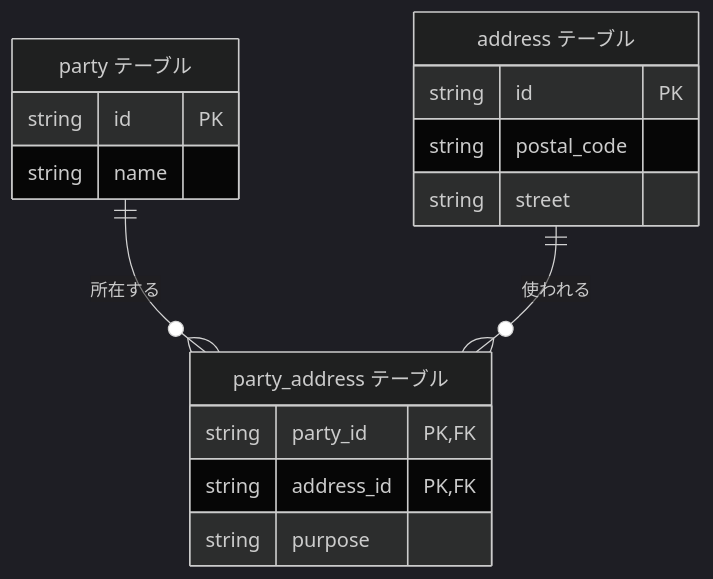
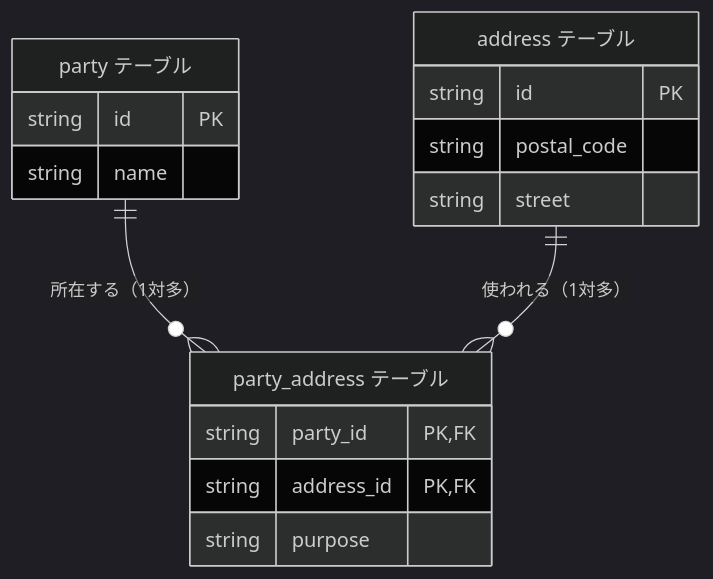
The sixth of 30 diagrams in docs/software/software_middleware_database_rdb_er.md (hiroki-it/tech-notebook), drawn with Mermaid (dark theme) before and after one commit. The commit also changed other lines of this file and 4 other files, not shown here.

````diff
--- a/docs/software/software_middleware_database_rdb_er.md
+++ b/docs/software/software_middleware_database_rdb_er.md
@@ -166,22 +166,22 @@
 ```mermaid
 erDiagram
   party["party テーブル"] {
     string id PK
     string name
   }
 
   address["address テーブル"] {
     string id PK
     string postal_code
     string street
   }
 
   party_address["party_address テーブル"] {
     string party_id PK,FK
     string address_id PK,FK
     string purpose
   }
 
-  party ||--o{ party_address : "所在する"
-  address ||--o{ party_address : "使われる"
+  party ||--o{ party_address : "所在する（1対多）"
+  address ||--o{ party_address : "使われる（1対多）"
 ```
````
